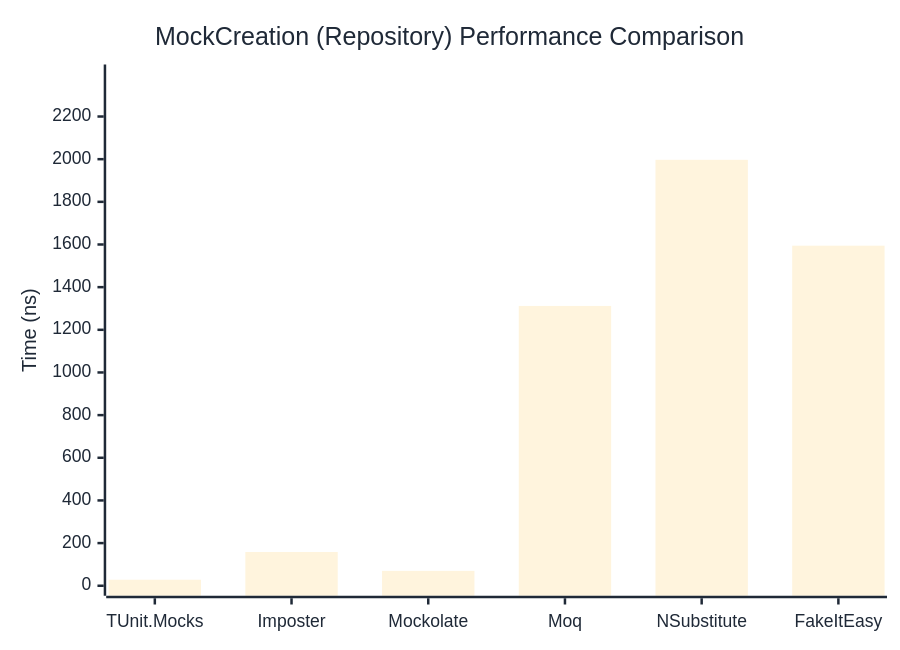
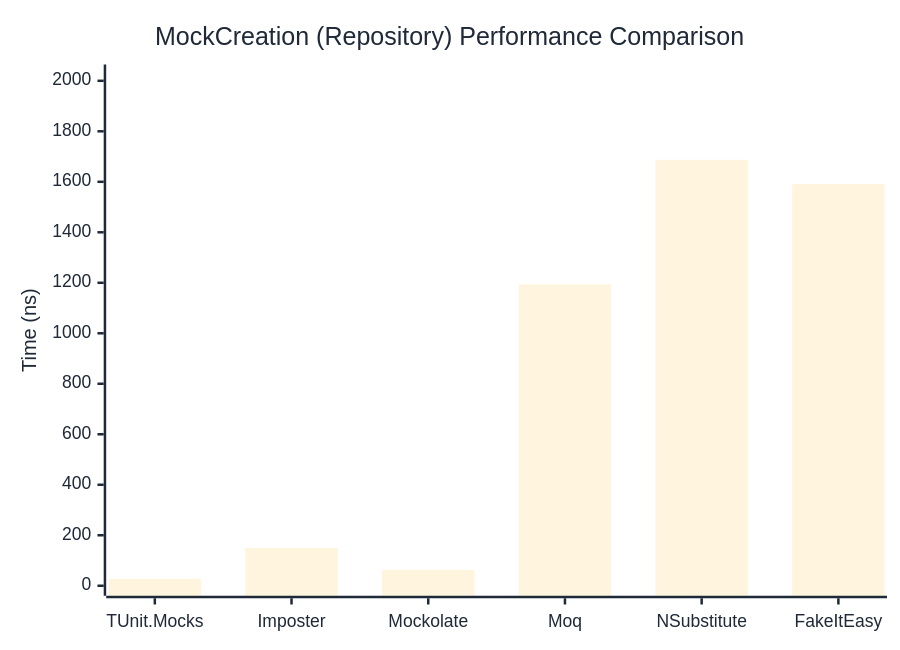
One commit to thomhurst/TUnit changed the second of 2 diagrams in docs/docs/benchmarks/mocks/MockCreation.md. Above: the diagram before and after it, drawn with Mermaid. The commit also changed other lines of this file and 14 other files, not shown here.

````diff
--- a/docs/docs/benchmarks/mocks/MockCreation.md
+++ b/docs/docs/benchmarks/mocks/MockCreation.md
@@ -69,27 +69,27 @@
 ```mermaid
 %%{init: {
   'theme':'base',
   'themeVariables': {
     'primaryColor': '#2563eb',
     'primaryTextColor': '#1f2937',
     'primaryBorderColor': '#1e40af',
     'lineColor': '#6b7280',
     'secondaryColor': '#7c3aed',
     'tertiaryColor': '#dc2626',
     'background': '#ffffff',
     'pie1': '#2563eb',
     'pie2': '#7c3aed',
     'pie3': '#dc2626',
     'pie4': '#f59e0b',
     'pie5': '#10b981',
     'pie6': '#06b6d4',
     'pie7': '#ec4899',
     'pie8': '#6366f1'
   }
 }}%%
 xychart-beta
   title "MockCreation (Repository) Performance Comparison"
   x-axis ["TUnit.Mocks", "Imposter", "Mockolate", "Moq", "NSubstitute", "FakeItEasy"]
-  y-axis "Time (ns)" 0 --> 2397
-  bar [28.28, 158.23, 69.77, 1311.94, 1997.01, 1594.46]
+  y-axis "Time (ns)" 0 --> 2025
+  bar [26.44, 149.26, 62.87, 1193.82, 1687.02, 1590.66]
 ```
````
